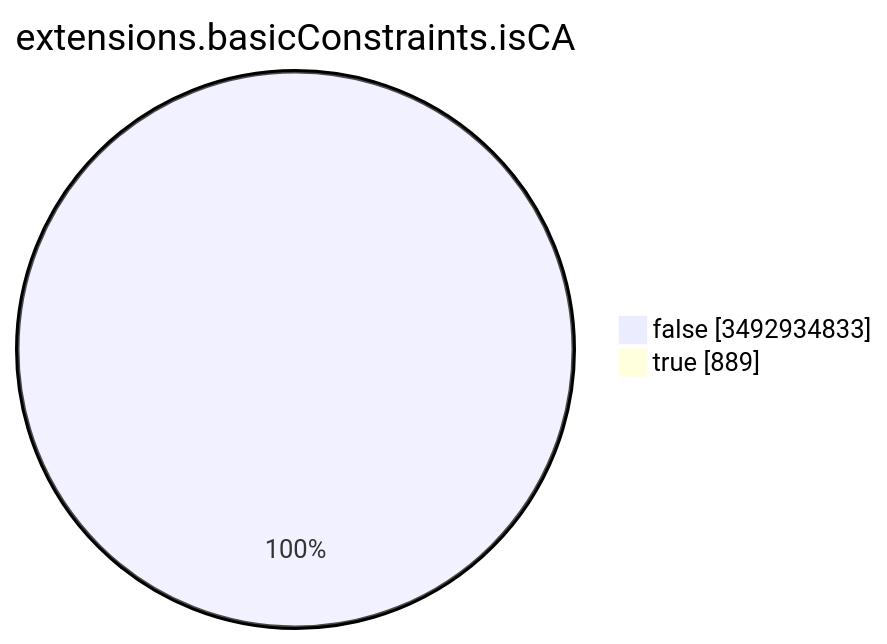
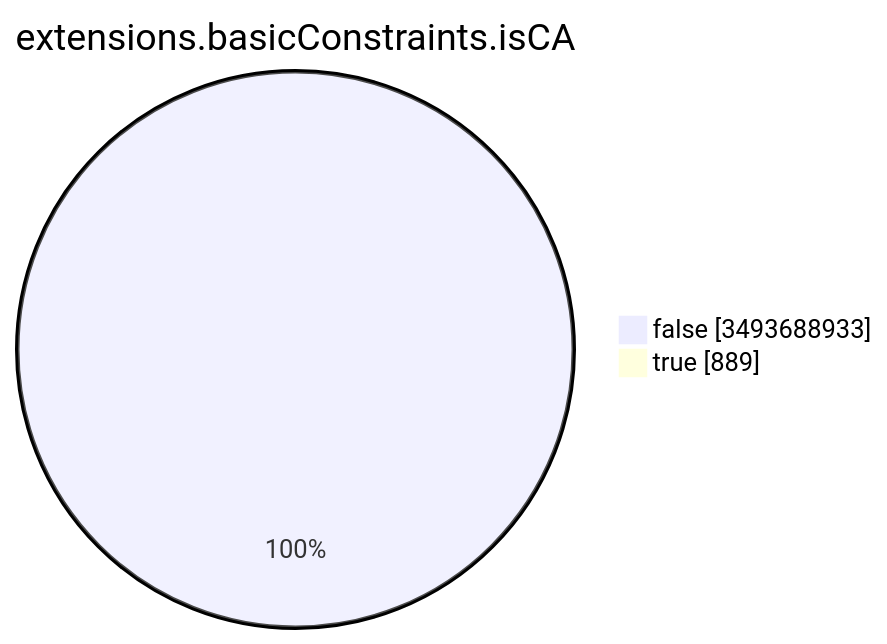
Before and after one commit to christiankrug/ctmonitor_visualization: the seventh of 15 diagrams in TOTAL/README.md, drawn with Mermaid. The commit also changed other lines of this file, not shown here.

````diff
--- a/TOTAL/README.md
+++ b/TOTAL/README.md
@@ -3093,6 +3093,6 @@
 ```mermaid
 pie showData
 title extensions.basicConstraints.isCA
-"false" :3492934833
+"false" :3493688933
 "true" :889
 ```
````
